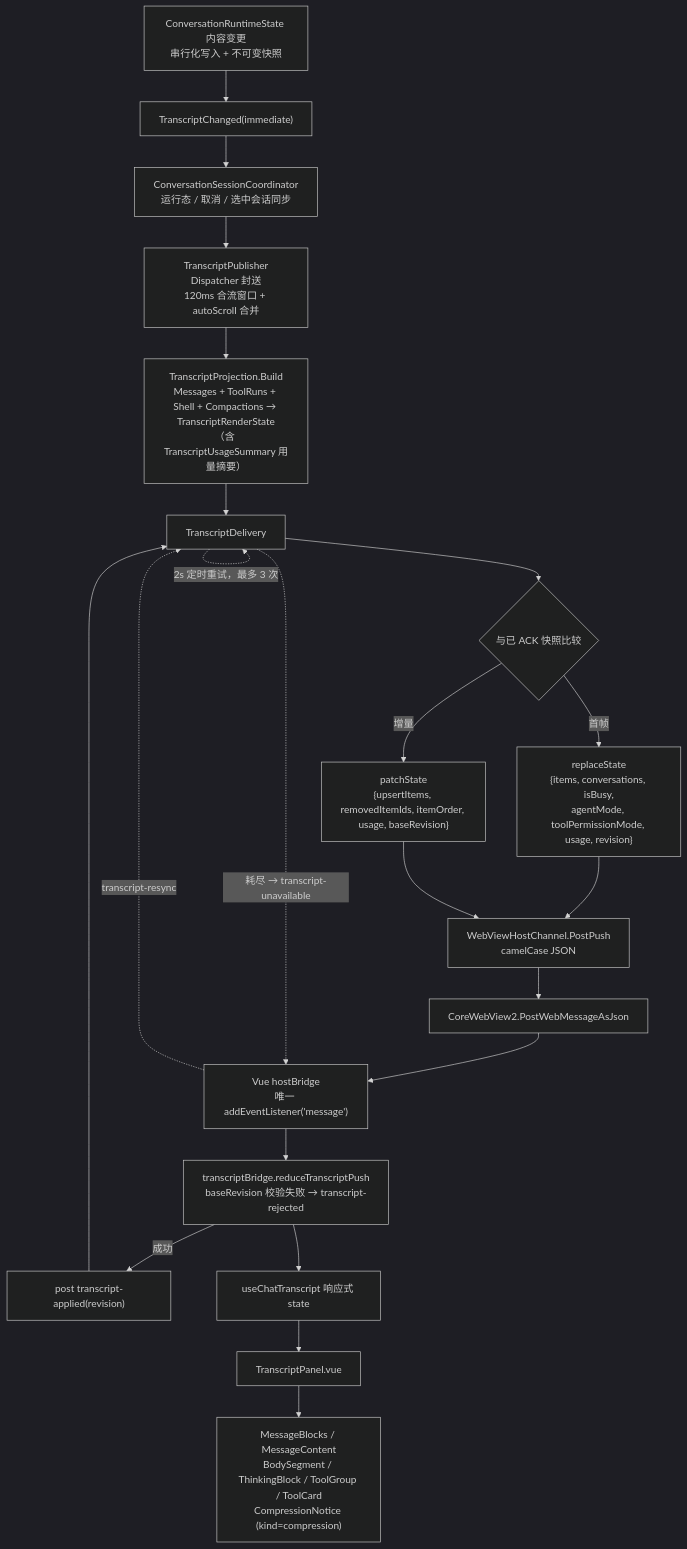
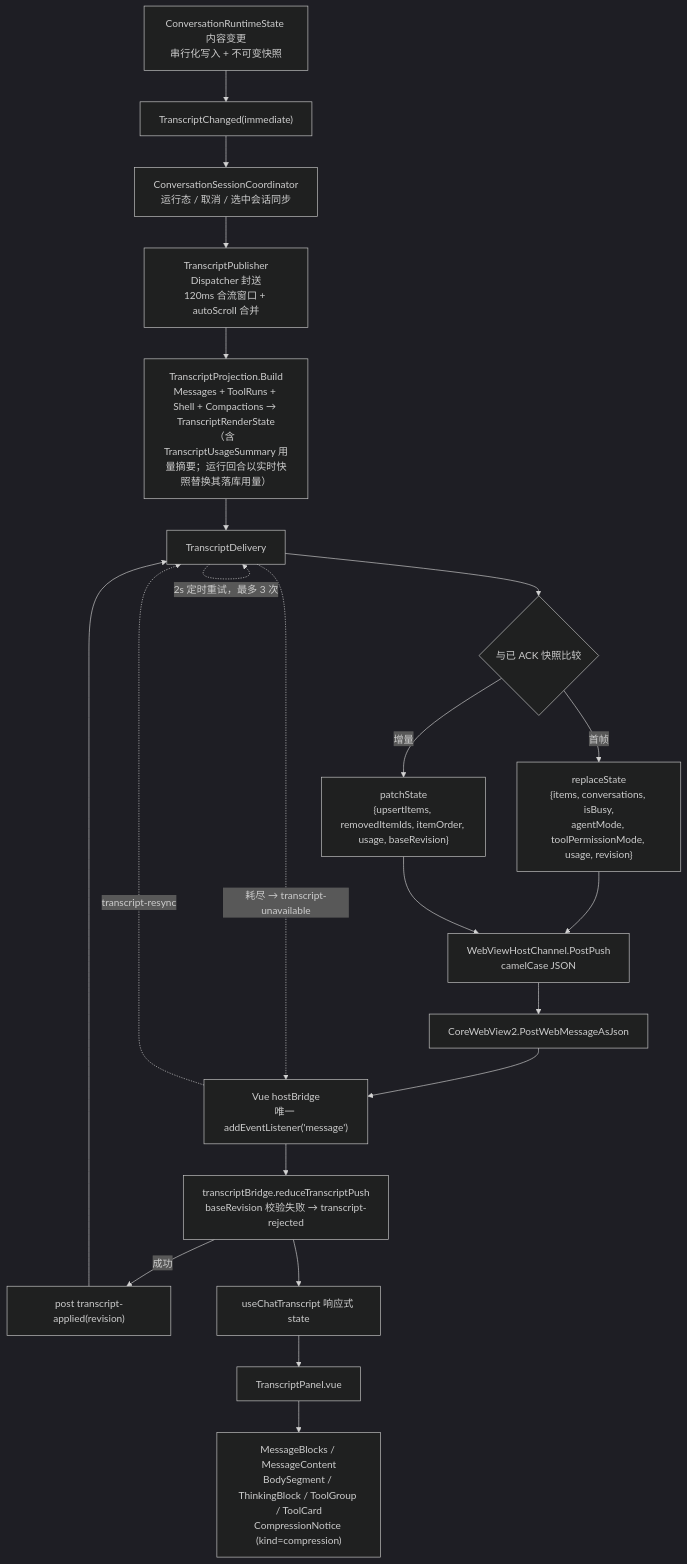
One commit to zj0135/SelfClaw changed the sixth of 8 diagrams in docs/pipeline-architecture.md. Above: the diagram before and after it, drawn with Mermaid (dark theme). The commit also changed other lines of this file and 23 other files, not shown here.

````diff
--- a/docs/pipeline-architecture.md
+++ b/docs/pipeline-architecture.md
@@ -207,27 +207,27 @@
 ```mermaid
 flowchart TB
     MUT["ConversationRuntimeState 内容变更<br/>串行化写入 + 不可变快照"]
     MUT --> SIG["TranscriptChanged(immediate)"]
     SIG --> COORD["ConversationSessionCoordinator<br/>运行态 / 取消 / 选中会话同步"]
     COORD --> PUB["TranscriptPublisher<br/>Dispatcher 封送<br/>120ms 合流窗口 + autoScroll 合并"]
-    PUB --> PROJ["TranscriptProjection.Build<br/>Messages + ToolRuns + Shell + Compactions → TranscriptRenderState<br/>（含 TranscriptUsageSummary 用量摘要）"]
+    PUB --> PROJ["TranscriptProjection.Build<br/>Messages + ToolRuns + Shell + Compactions → TranscriptRenderState<br/>（含 TranscriptUsageSummary 用量摘要；运行回合以实时快照替换其落库用量）"]
     PROJ --> DEL["TranscriptDelivery"]
     DEL --> D1{"与已 ACK 快照比较"}
     D1 -->|首帧| D2["replaceState<br/>{items, conversations, isBusy,<br/>agentMode, toolPermissionMode, usage, revision}"]
     D1 -->|增量| D3["patchState<br/>{upsertItems, removedItemIds, itemOrder, usage, baseRevision}"]
     D2 --> CH["WebViewHostChannel.PostPush<br/>camelCase JSON"]
     D3 --> CH
     CH --> WV["CoreWebView2.PostWebMessageAsJson"]
 
     WV --> HB["Vue hostBridge<br/>唯一 addEventListener('message')"]
     HB --> TB["transcriptBridge.reduceTranscriptPush<br/>baseRevision 校验失败 → transcript-rejected"]
     TB -->|成功| ACK["post transcript-applied(revision)"]
     ACK --> DEL
     TB --> UCT["useChatTranscript 响应式 state"]
     UCT --> TP["TranscriptPanel.vue"]
     TP --> MB["MessageBlocks / MessageContent<br/>BodySegment / ThinkingBlock / ToolGroup / ToolCard<br/>CompressionNotice (kind=compression)"]
 
     DEL -.->|"2s 定时重试，最多 3 次"| DEL
     DEL -.->|"耗尽 → transcript-unavailable"| HB
     HB -.->|"transcript-resync"| DEL
 ```
````
